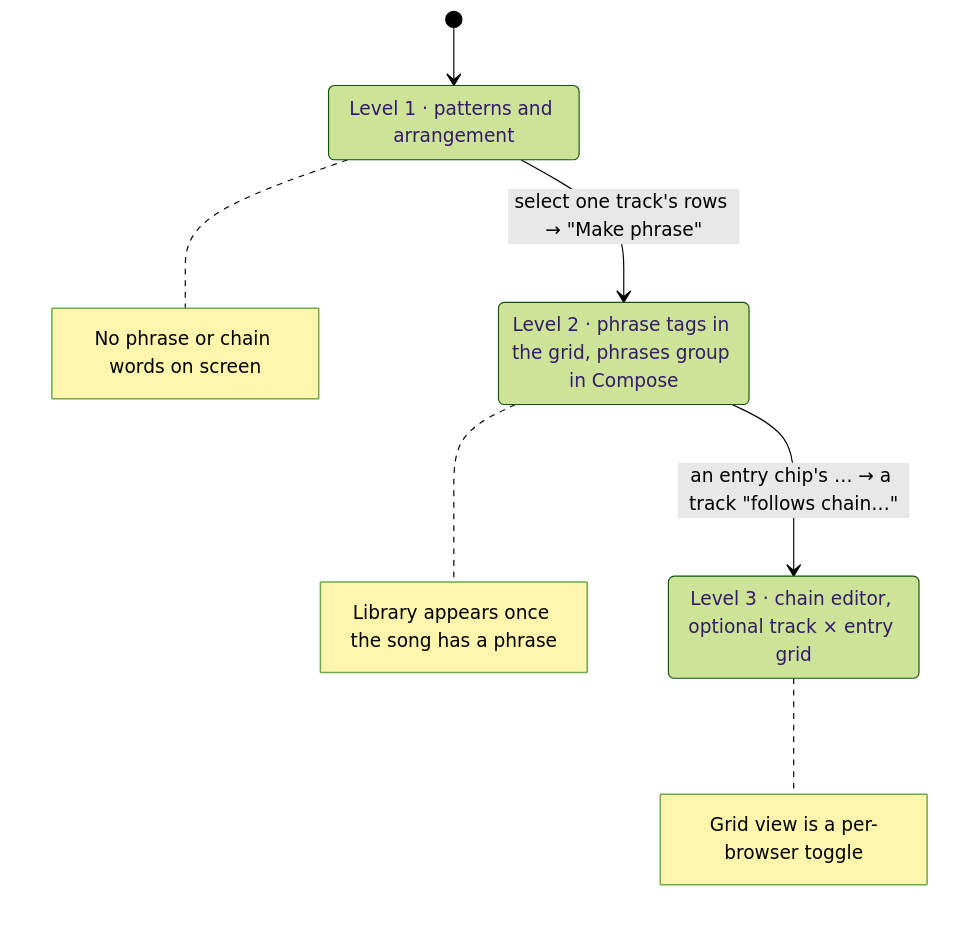
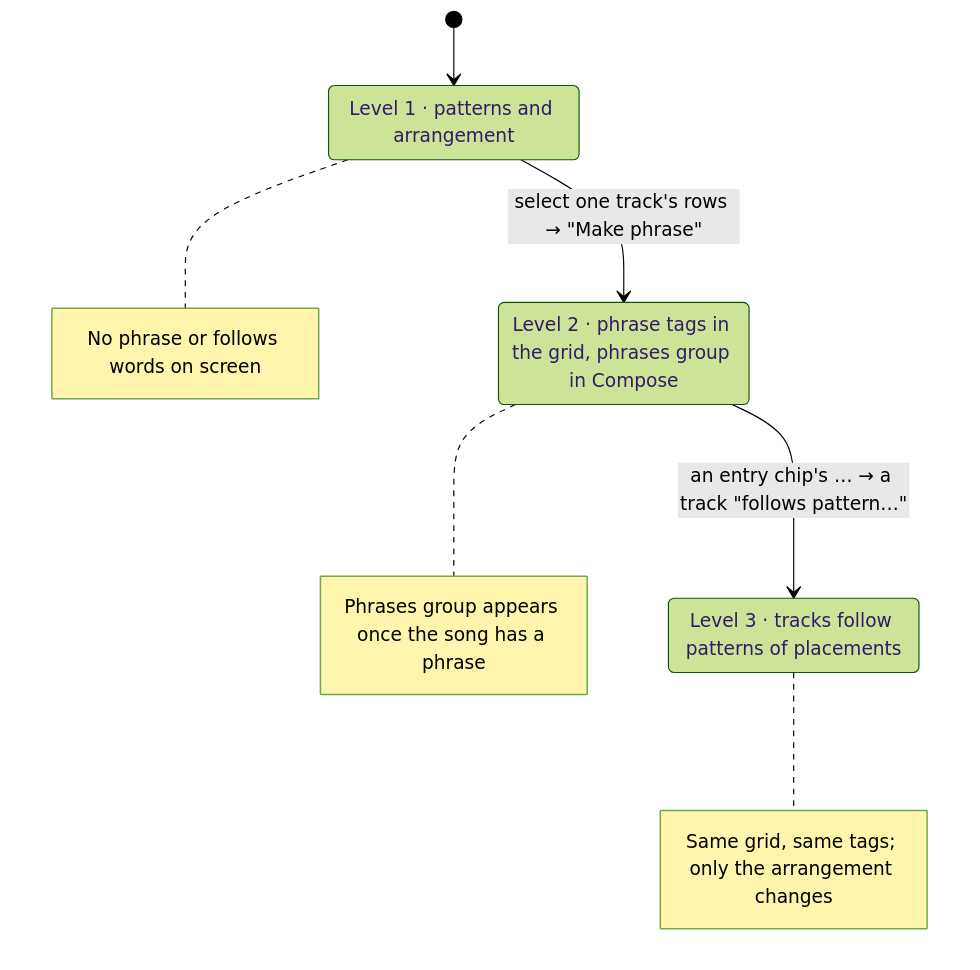
The sixth of 6 diagrams in docs/domain.md (ajturner/tutti-music), drawn with Mermaid (forest theme) before and after one commit. The commit also changed other lines of this file, not shown here.

Commit message:
Domain model: drop chains, one Material shape, placements repeat, self-consistent example file

````diff
--- a/docs/domain.md
+++ b/docs/domain.md
@@ -284,18 +284,18 @@
 ```mermaid
 stateDiagram-v2
   [*] --> Patterns
   Patterns: Level 1 · patterns and arrangement
   Patterns --> Phrases: select one track's rows → "Make phrase"
   Phrases: Level 2 · phrase tags in the grid, phrases group in Compose
-  Phrases --> Chains: an entry chip's … → a track "follows chain…"
-  Chains: Level 3 · chain editor, optional track × entry grid
+  Phrases --> Follows: an entry chip's … → a track "follows pattern…"
+  Follows: Level 3 · tracks follow patterns of placements
   note right of Patterns
-    No phrase or chain words on screen
+    No phrase or follows words on screen
   end note
   note right of Phrases
-    Library appears once the song has a phrase
+    Phrases group appears once the song has a phrase
   end note
-  note right of Chains
-    Grid view is a per-browser toggle
+  note right of Follows
+    Same grid, same tags; only the arrangement changes
   end note
 ```
````
